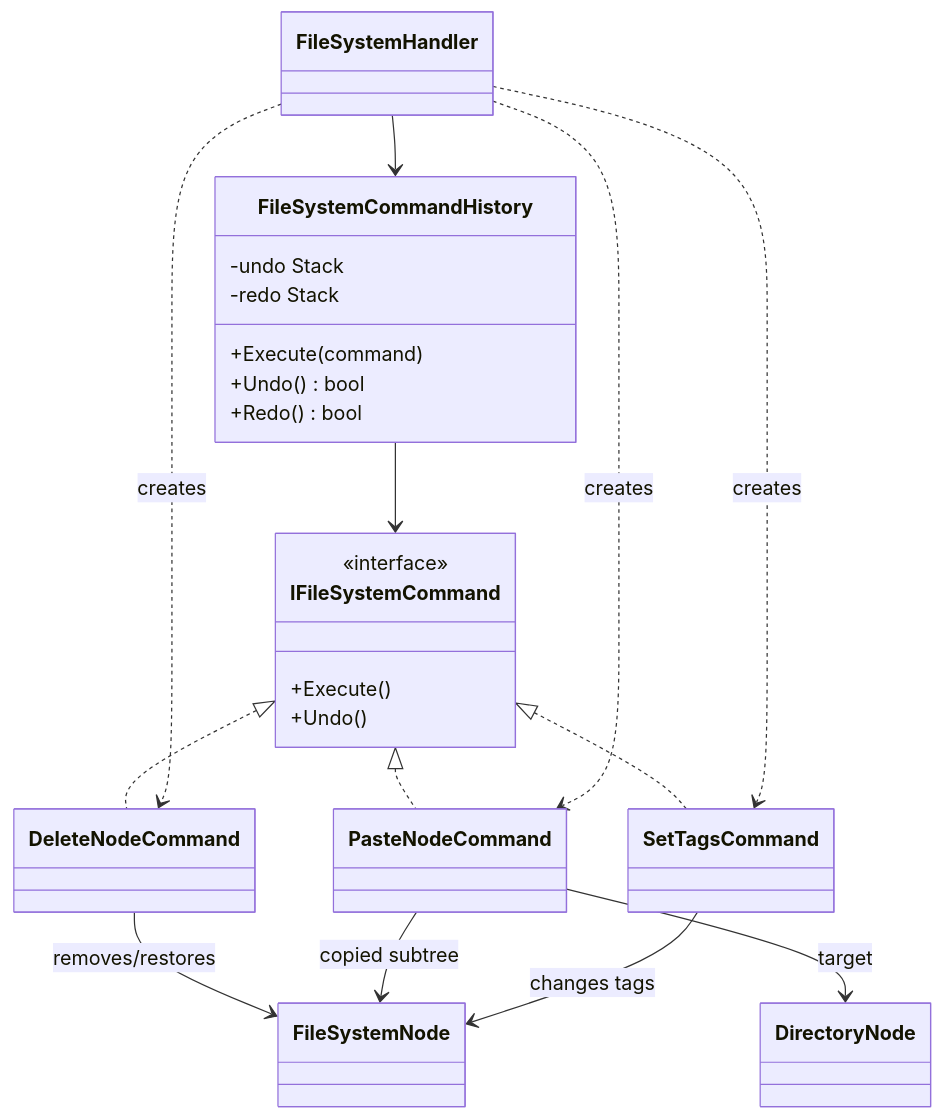
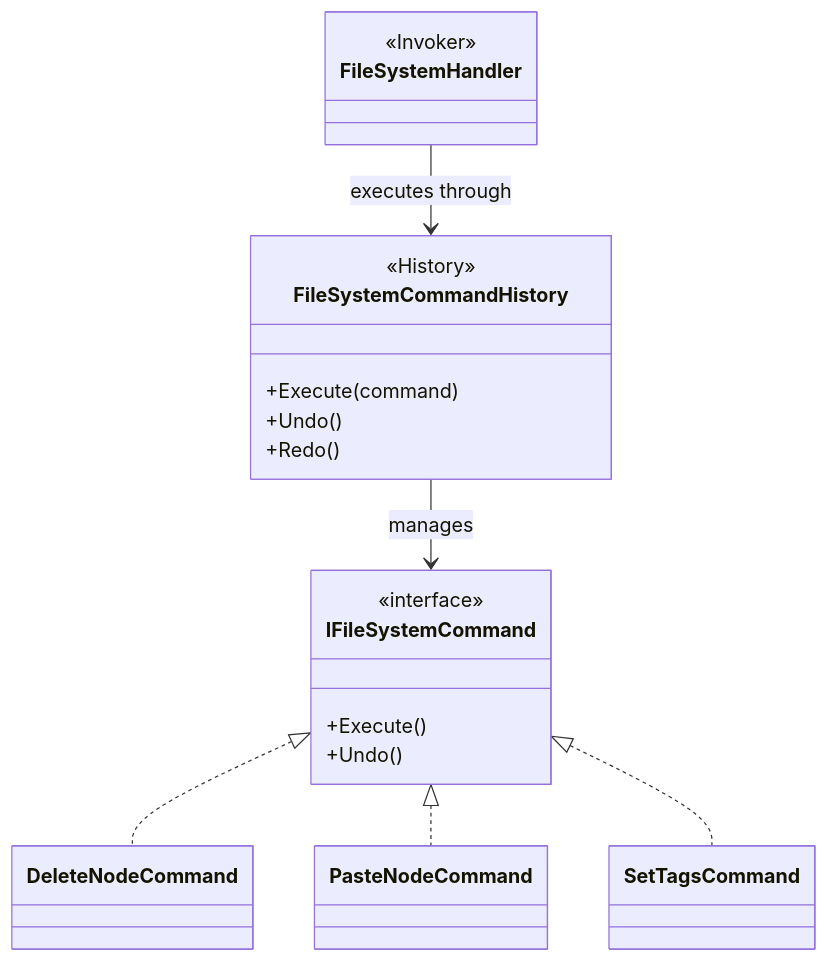
The third of 4 diagrams in README.md (Juyunho/CloudFileSystem), drawn with Mermaid before and after one commit. The commit also changed other lines of this file, not shown here.

````diff
--- a/README.md
+++ b/README.md
@@ -141,34 +185,32 @@
 ```mermaid
 classDiagram
+    direction TB
+
+    class FileSystemHandler {
+        <<Invoker>>
+    }
+
+    class FileSystemCommandHistory {
+        <<History>>
+        +Execute(command)
+        +Undo()
+        +Redo()
+    }
+
     class IFileSystemCommand {
         <<interface>>
         +Execute()
         +Undo()
     }
-    class FileSystemCommandHistory {
-        -undo Stack
-        -redo Stack
-        +Execute(command)
-        +Undo() bool
-        +Redo() bool
-    }
+
     class DeleteNodeCommand
     class PasteNodeCommand
     class SetTagsCommand
-    class FileSystemHandler
-    class FileSystemNode
-    class DirectoryNode
+
+    FileSystemHandler --> FileSystemCommandHistory : executes through
+    FileSystemCommandHistory --> IFileSystemCommand : manages
 
     IFileSystemCommand <|.. DeleteNodeCommand
     IFileSystemCommand <|.. PasteNodeCommand
     IFileSystemCommand <|.. SetTagsCommand
-    FileSystemCommandHistory --> IFileSystemCommand
-    FileSystemHandler --> FileSystemCommandHistory
-    FileSystemHandler ..> DeleteNodeCommand : creates
-    FileSystemHandler ..> PasteNodeCommand : creates
-    FileSystemHandler ..> SetTagsCommand : creates
-    DeleteNodeCommand --> FileSystemNode : removes/restores
-    PasteNodeCommand --> DirectoryNode : target
-    PasteNodeCommand --> FileSystemNode : copied subtree
-    SetTagsCommand --> FileSystemNode : changes tags
 ```
````
